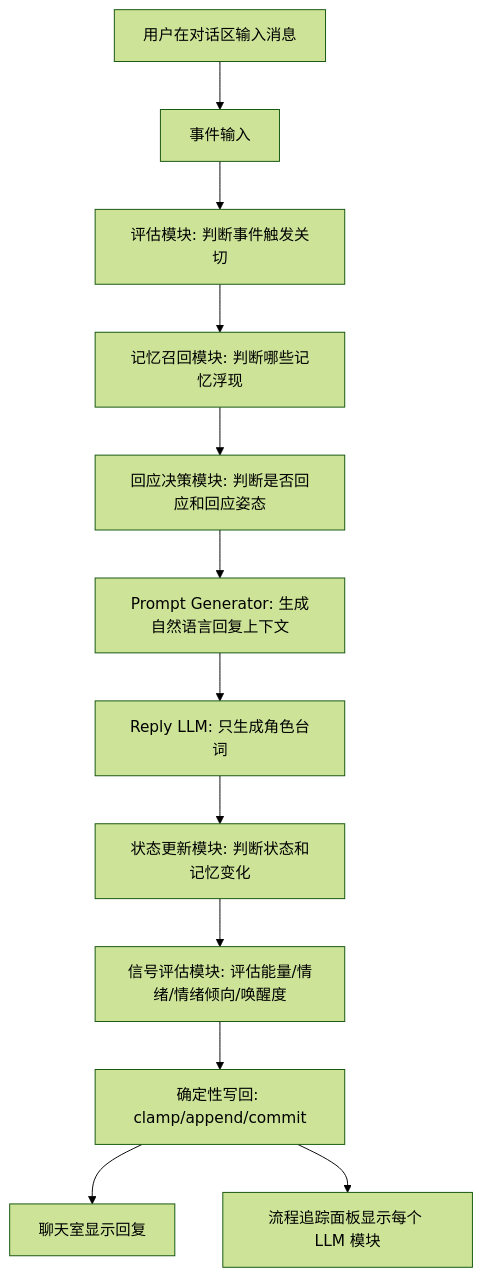
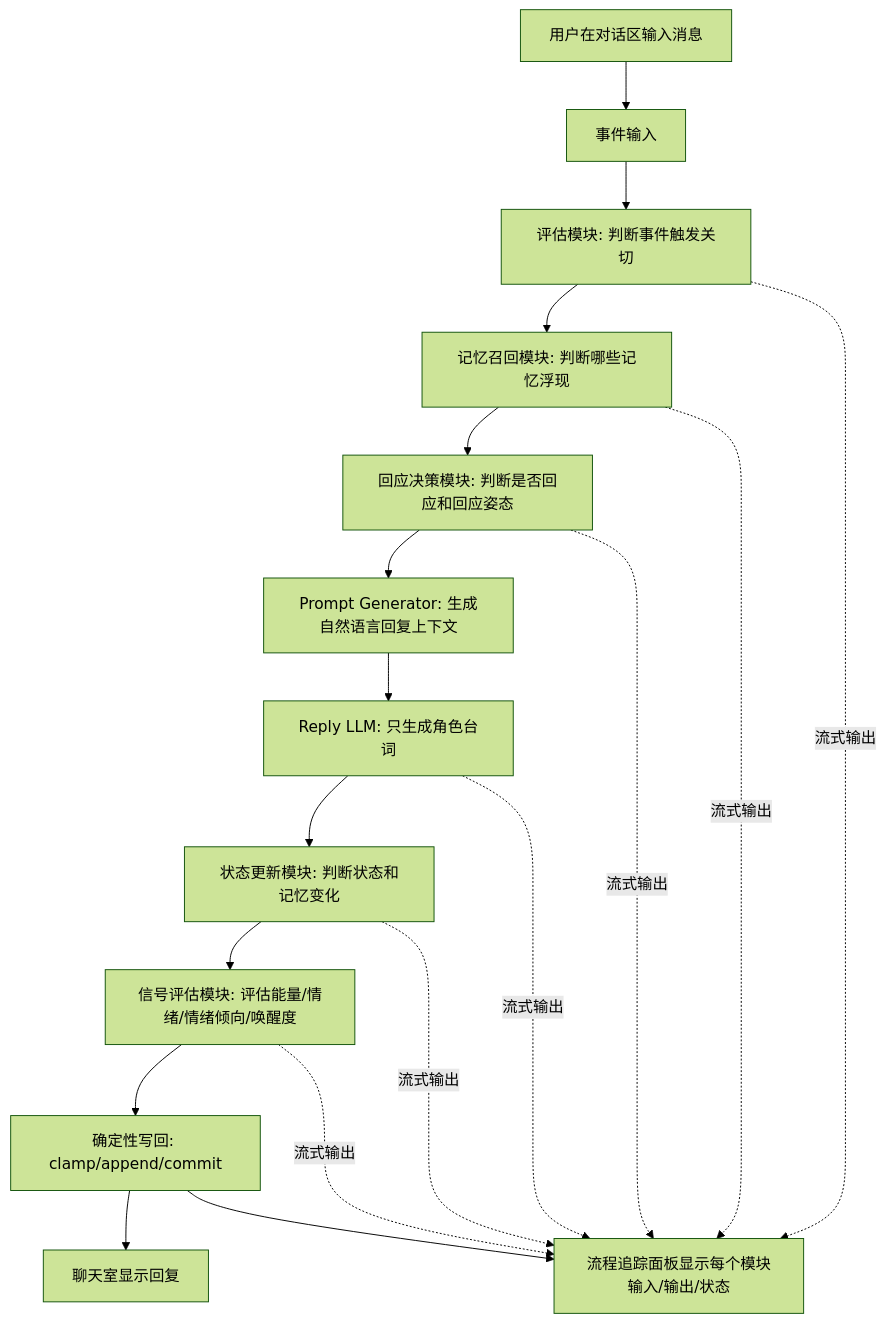
Before and after one commit to ttmanthatman/virtual-human-flow: the third of 5 diagrams in docs/SYSTEM_FLOW.md, drawn with Mermaid (forest theme). The commit also changed other lines of this file and 16 other files, not shown here.

````diff
--- a/docs/SYSTEM_FLOW.md
+++ b/docs/SYSTEM_FLOW.md
@@ -58,14 +62,20 @@
 ```mermaid
 flowchart TD
     U[用户在对话区输入消息] --> E[事件输入]
     E --> A[评估模块: 判断事件触发关切]
     A --> M[记忆召回模块: 判断哪些记忆浮现]
     M --> D[回应决策模块: 判断是否回应和回应姿态]
     D --> P[Prompt Generator: 生成自然语言回复上下文]
     P --> R[Reply LLM: 只生成角色台词]
     R --> S[状态更新模块: 判断状态和记忆变化]
     S --> G[信号评估模块: 评估能量/情绪/情绪倾向/唤醒度]
     G --> W[确定性写回: clamp/append/commit]
     W --> C[聊天室显示回复]
-    W --> T[流程追踪面板显示每个 LLM 模块]
+    W --> T[流程追踪面板显示每个模块输入/输出/状态]
+    A -. 流式输出 .-> T
+    M -. 流式输出 .-> T
+    D -. 流式输出 .-> T
+    R -. 流式输出 .-> T
+    S -. 流式输出 .-> T
+    G -. 流式输出 .-> T
 ```
````
